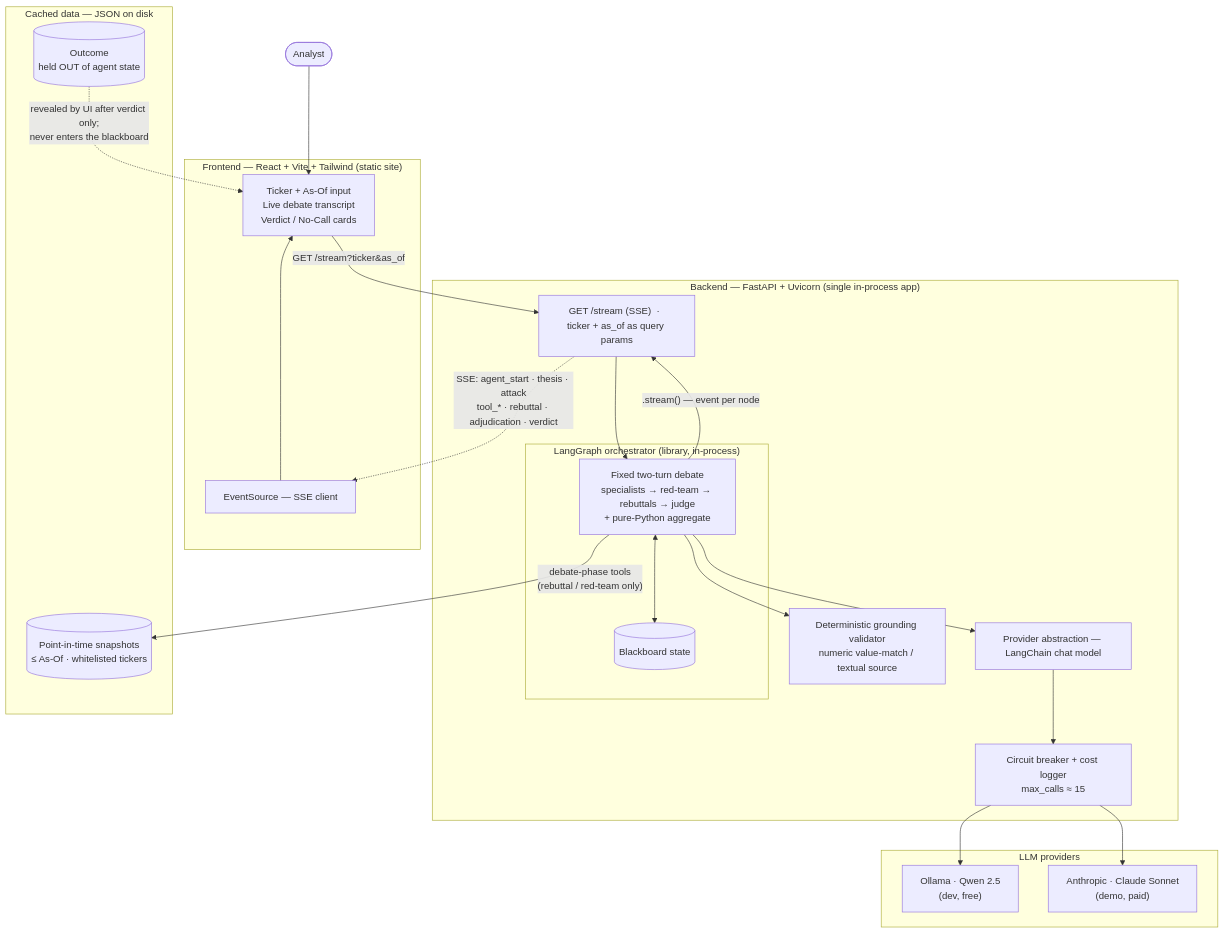
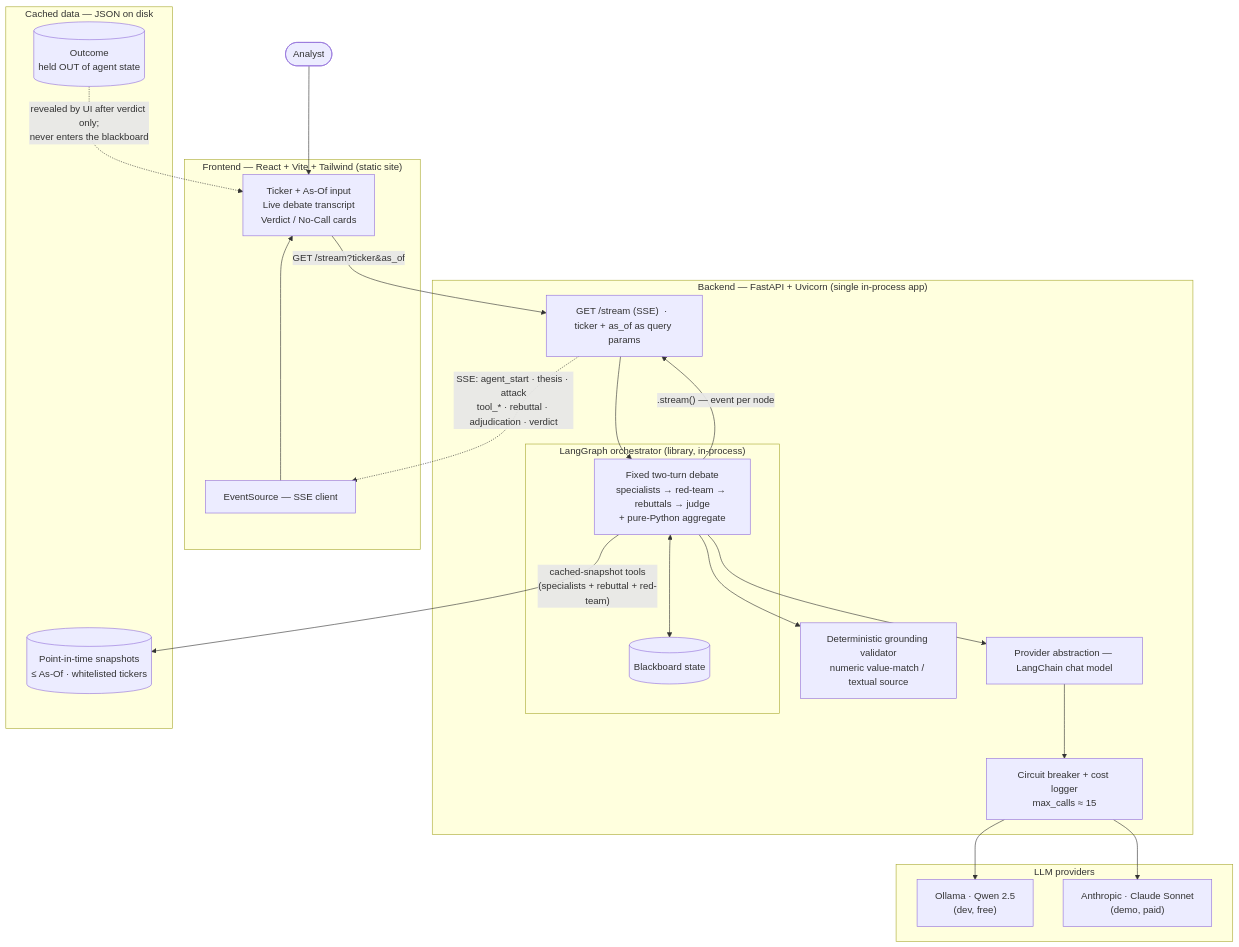
One commit to minosx31/swarm-traders changed the diagram in ARCHITECTURE.md. Above: the diagram before and after it, drawn with Mermaid. The commit also changed other lines of this file and 7 other files, not shown here.

````diff
--- a/ARCHITECTURE.md
+++ b/ARCHITECTURE.md
@@ -14,45 +14,45 @@
 ```mermaid
 flowchart TB
     user([Analyst])
 
     subgraph client["Frontend — React + Vite + Tailwind (static site)"]
         ui["Ticker + As-Of input<br/>Live debate transcript<br/>Verdict / No-Call cards"]
         ssec["EventSource — SSE client"]
     end
 
     subgraph server["Backend — FastAPI + Uvicorn (single in-process app)"]
         api["GET /stream (SSE) &nbsp;·&nbsp; ticker + as_of as query params"]
         subgraph lg["LangGraph orchestrator (library, in-process)"]
             bb[("Blackboard&nbsp;state")]
             pipe["Fixed two-turn debate<br/>specialists → red-team → rebuttals → judge<br/>+ pure-Python aggregate"]
         end
         ground["Deterministic grounding validator<br/>numeric value-match / textual source"]
         breaker["Circuit breaker + cost logger<br/>max_calls ≈ 15"]
         prov["Provider abstraction — LangChain chat model"]
     end
 
     subgraph llm["LLM providers"]
         ollama["Ollama · Qwen 2.5<br/>(dev, free)"]
         claude["Anthropic · Claude Sonnet<br/>(demo, paid)"]
     end
 
     subgraph data["Cached data — JSON on disk"]
         snap[("Point-in-time snapshots<br/>≤ As-Of · whitelisted tickers")]
         outc[("Outcome<br/>held OUT of agent state")]
     end
 
     user --> ui
     ui -->|"GET /stream?ticker&as_of"| api
     api --> pipe
     pipe <--> bb
     pipe --> ground
-    pipe -->|"debate-phase tools<br/>(rebuttal / red-team only)"| snap
+    pipe -->|"cached-snapshot tools<br/>(specialists + rebuttal + red-team)"| snap
     pipe --> prov
     prov --> breaker
     breaker --> ollama
     breaker --> claude
     pipe -->|".stream() — event per node"| api
     api -.->|"SSE: agent_start · thesis · attack<br/>tool_* · rebuttal · adjudication · verdict"| ssec
     ssec --> ui
     outc -.->|"revealed by UI after verdict only;<br/>never enters the blackboard"| ui
 ```
````
